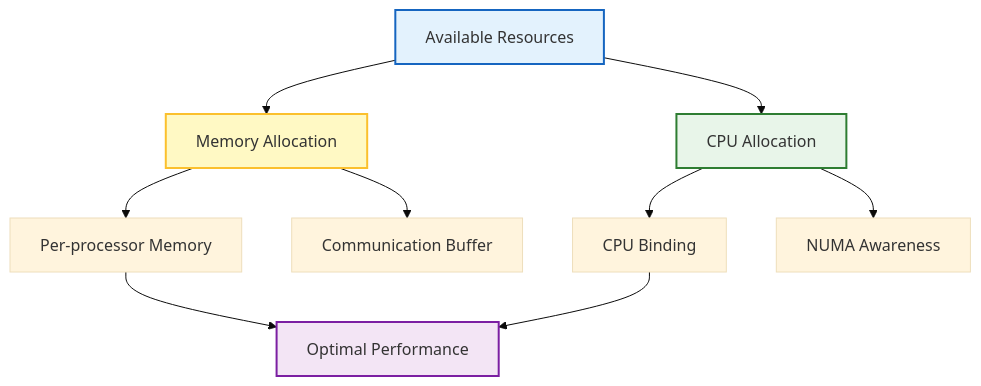
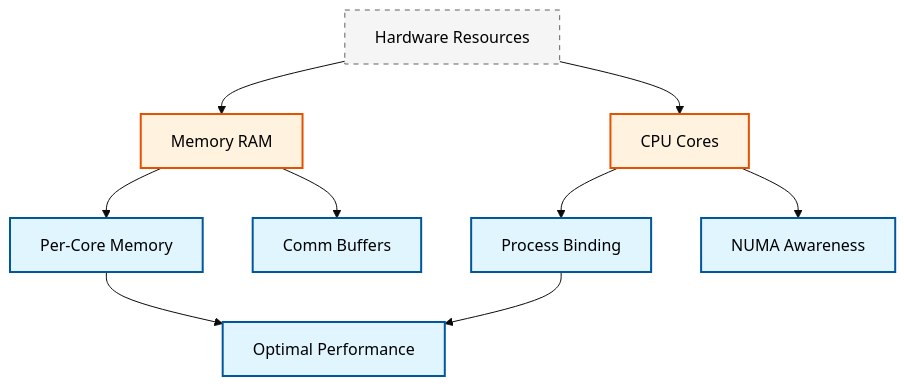
The first of 2 diagrams in MODULE_07_UTILITIES_AUTOMATION/CONTENT/06_PARALLEL_COMPUTING/04_HPC_Integration.md (wramet/build-my-cfd), drawn with Mermaid (base theme) before and after one commit. The commit also changed other lines of this file and 313 other files, not shown here.

Commit message:
Revise all diagram

````diff
--- a/MODULE_07_UTILITIES_AUTOMATION/CONTENT/06_PARALLEL_COMPUTING/04_HPC_Integration.md
+++ b/MODULE_07_UTILITIES_AUTOMATION/CONTENT/06_PARALLEL_COMPUTING/04_HPC_Integration.md
@@ -613,19 +613,13 @@
 ```mermaid
-graph TD
-    A["Available Resources"] --> B["Memory Allocation"]
-    A --> C["CPU Allocation"]
-
-    B --> B1["Per-processor Memory"]
-    B --> B2["Communication Buffer"]
-
-    C --> C1["CPU Binding"]
-    C --> C2["NUMA Awareness"]
-
-    B1 --> D["Optimal Performance"]
-    C1 --> D
-
-    style A fill:#e3f2fd,stroke:#1565c0,stroke-width:2px
-    style B fill:#fff9c4,stroke:#fbc02d,stroke-width:2px
-    style C fill:#e8f5e9,stroke:#2e7d32,stroke-width:2px
-    style D fill:#f3e5f5,stroke:#7b1fa2,stroke-width:2px
+flowchart TD
+classDef implicit fill:#e1f5fe,stroke:#01579b,stroke-width:2px,color:#000
+classDef explicit fill:#fff3e0,stroke:#e65100,stroke-width:2px,color:#000
+classDef context fill:#f5f5f5,stroke:#616161,stroke-width:1px,color:#000,stroke-dasharray: 5 5
+A[Hardware Resources]:::context --> B[Memory RAM]:::explicit
+A --> C[CPU Cores]:::explicit
+B --> B1[Per-Core Memory]:::implicit
+B --> B2[Comm Buffers]:::implicit
+C --> C1[Process Binding]:::implicit
+C --> C2[NUMA Awareness]:::implicit
+B1 & C1 --> D[Optimal Performance]:::implicit
 ```
````
